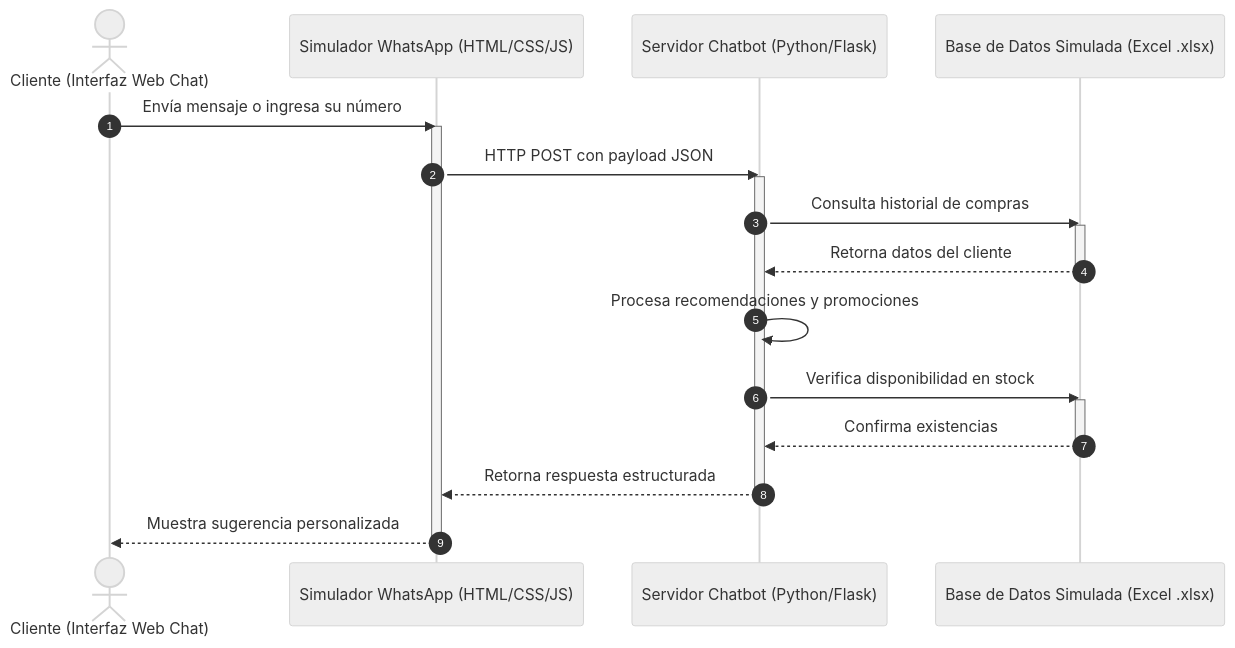
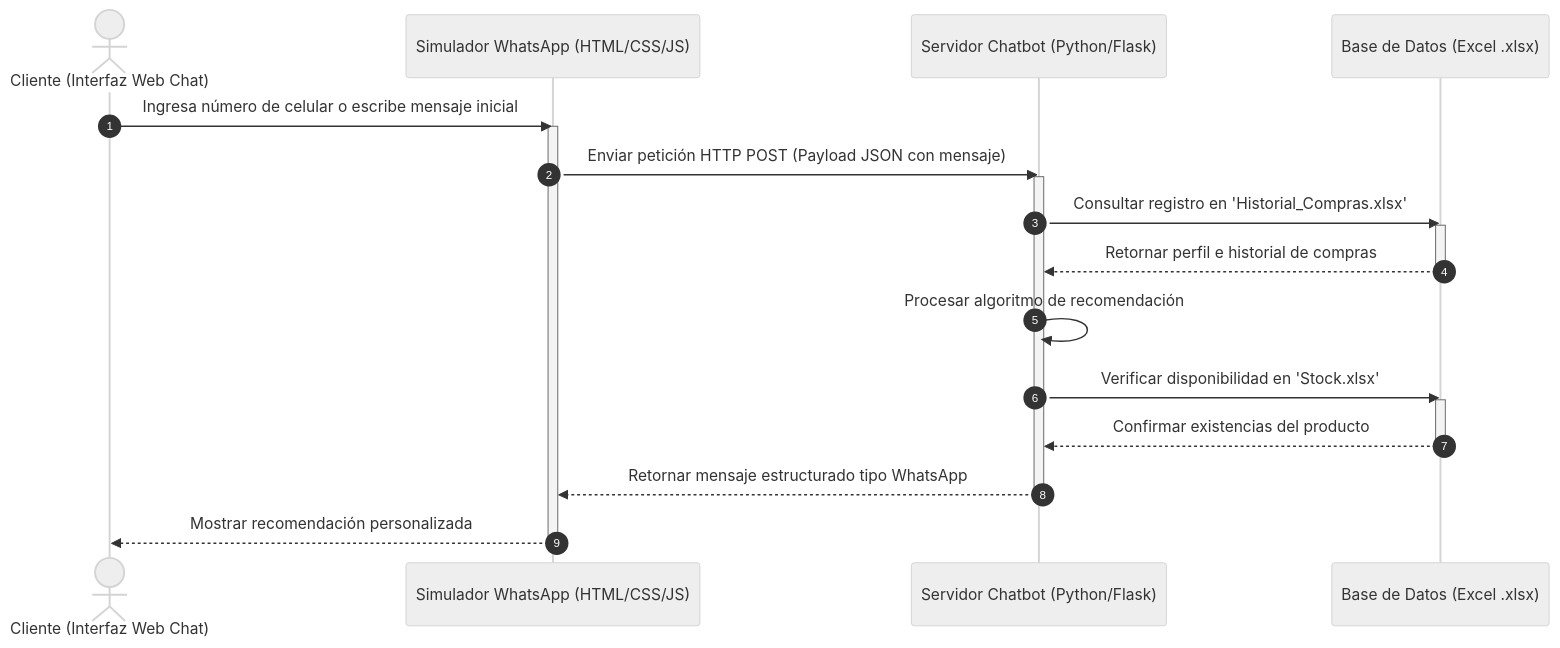
One commit to JH-Compan/Tambo-IA-Shopping-Assistant changed the second of 2 diagrams in docs/arquitectura/arquitectura-base.md. Above: the diagram before and after it, drawn with Mermaid (neutral theme). The commit also changed other lines of this file, not shown here.

First line of the commit message:
Arquitectura Base del Sistema

````diff
--- a/docs/arquitectura/arquitectura-base.md
+++ b/docs/arquitectura/arquitectura-base.md
@@ -141,44 +291,44 @@
 ```mermaid
 sequenceDiagram
     autonumber
 
     actor Cliente as Cliente (Interfaz Web Chat)
 
     participant Interfaz as Simulador WhatsApp (HTML/CSS/JS)
     participant Backend as Servidor Chatbot (Python/Flask)
-    participant Persistencia as Base de Datos Simulada (Excel .xlsx)
+    participant Persistencia as Base de Datos (Excel .xlsx)
 
-    Cliente->>Interfaz: Envía mensaje o ingresa su número
+    Cliente->>Interfaz: Ingresa número de celular o escribe mensaje inicial
 
     activate Interfaz
 
-    Interfaz->>Backend: HTTP POST con payload JSON
+    Interfaz->>Backend: Enviar petición HTTP POST (Payload JSON con mensaje)
 
     activate Backend
 
-    Backend->>Persistencia: Consulta historial de compras
+    Backend->>Persistencia: Consultar registro en 'Historial_Compras.xlsx'
 
     activate Persistencia
 
-    Persistencia-->>Backend: Retorna datos del cliente
+    Persistencia-->>Backend: Retornar perfil e historial de compras
 
     deactivate Persistencia
 
-    Backend->>Backend: Procesa recomendaciones y promociones
+    Backend->>Backend: Procesar algoritmo de recomendación
 
-    Backend->>Persistencia: Verifica disponibilidad en stock
+    Backend->>Persistencia: Verificar disponibilidad en 'Stock.xlsx'
 
     activate Persistencia
 
-    Persistencia-->>Backend: Confirma existencias
+    Persistencia-->>Backend: Confirmar existencias del producto
 
     deactivate Persistencia
 
-    Backend-->>Interfaz: Retorna respuesta estructurada
+    Backend-->>Interfaz: Retornar mensaje estructurado tipo WhatsApp
 
     deactivate Backend
 
-    Interfaz-->>Cliente: Muestra sugerencia personalizada
+    Interfaz-->>Cliente: Mostrar recomendación personalizada
 
     deactivate Interfaz
 ```
````
